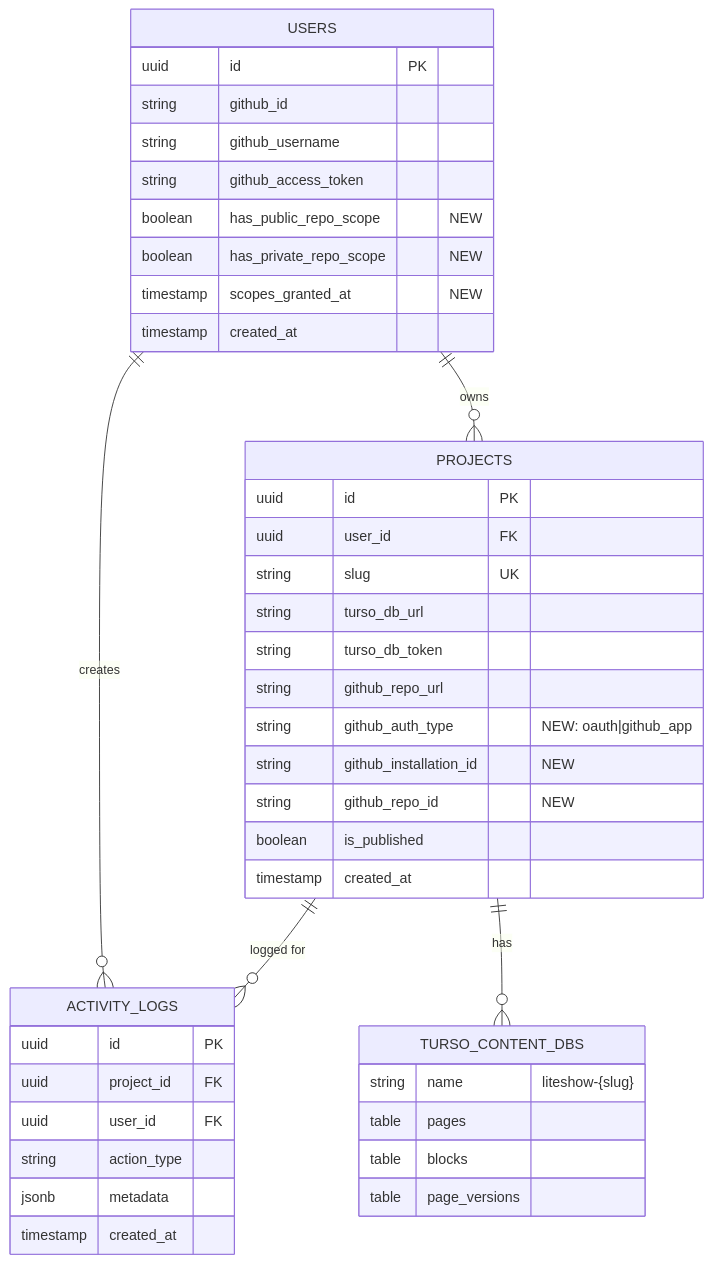
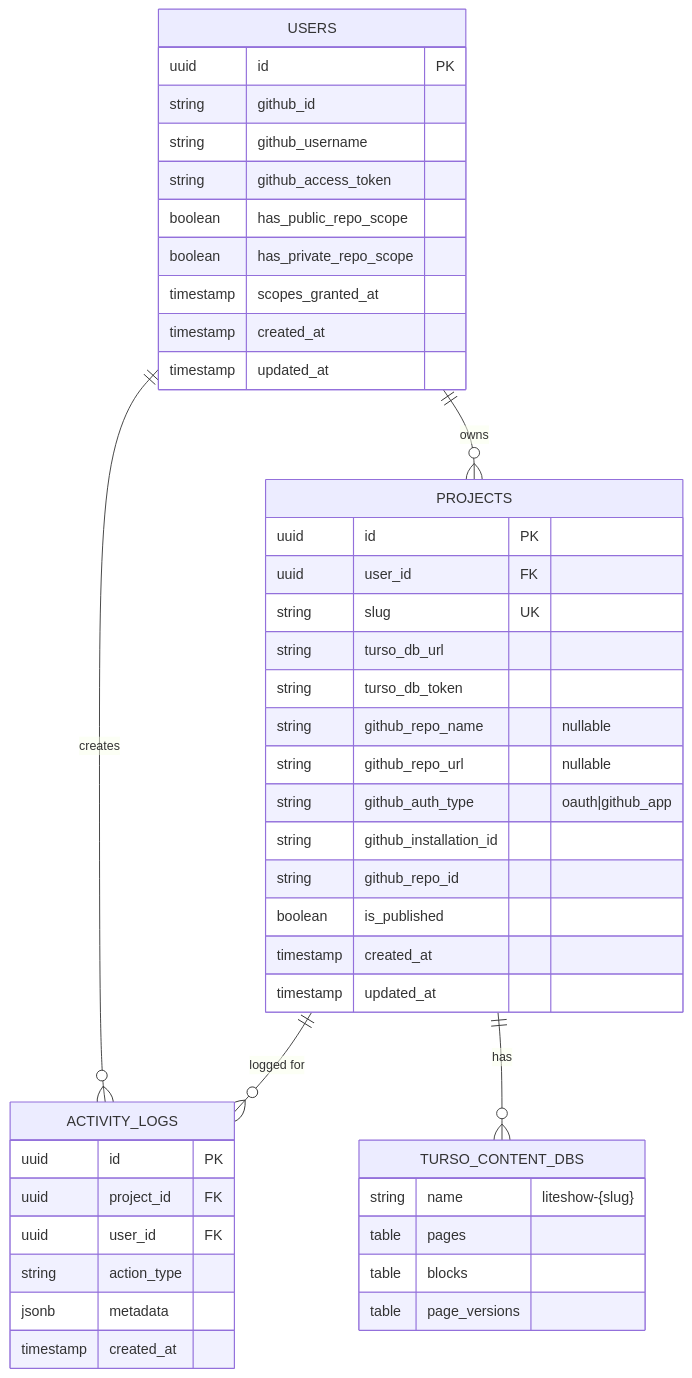
One commit to perryraskin/liteshow changed the third of 5 diagrams in ARCHITECTURE.md. Above: the diagram before and after it, drawn with Mermaid. The commit also changed other lines of this file and 3 other files, not shown here.

````diff
--- a/ARCHITECTURE.md
+++ b/ARCHITECTURE.md
@@ -128,48 +128,51 @@
 ```mermaid
 erDiagram
     USERS ||--o{ PROJECTS : owns
     USERS ||--o{ ACTIVITY_LOGS : creates
     PROJECTS ||--o{ ACTIVITY_LOGS : "logged for"
     PROJECTS ||--o{ TURSO_CONTENT_DBS : has
 
     USERS {
         uuid id PK
         string github_id
         string github_username
         string github_access_token
-        boolean has_public_repo_scope "NEW"
-        boolean has_private_repo_scope "NEW"
-        timestamp scopes_granted_at "NEW"
+        boolean has_public_repo_scope
+        boolean has_private_repo_scope
+        timestamp scopes_granted_at
         timestamp created_at
+        timestamp updated_at
     }
 
     PROJECTS {
         uuid id PK
         uuid user_id FK
         string slug UK
         string turso_db_url
         string turso_db_token
-        string github_repo_url
-        string github_auth_type "NEW: oauth|github_app"
-        string github_installation_id "NEW"
-        string github_repo_id "NEW"
+        string github_repo_name "nullable"
+        string github_repo_url "nullable"
+        string github_auth_type "oauth|github_app"
+        string github_installation_id
+        string github_repo_id
         boolean is_published
         timestamp created_at
+        timestamp updated_at
     }
 
     ACTIVITY_LOGS {
         uuid id PK
         uuid project_id FK
         uuid user_id FK
         string action_type
         jsonb metadata
         timestamp created_at
     }
 
     TURSO_CONTENT_DBS {
         string name "liteshow-{slug}"
         table pages
         table blocks
         table page_versions
     }
 ```
````
